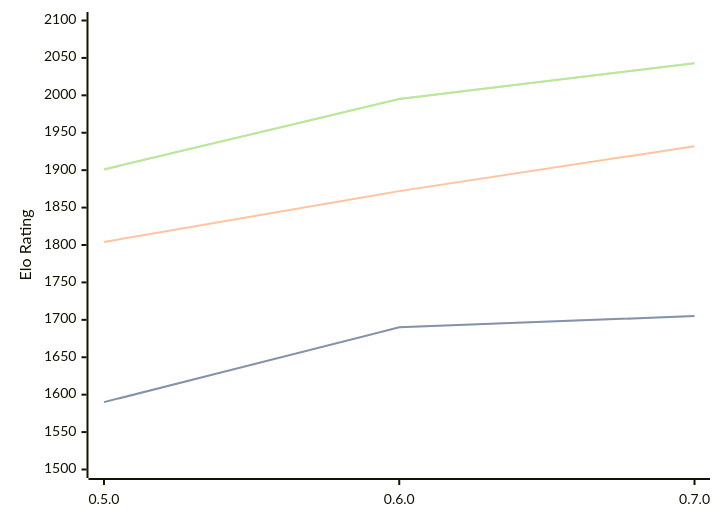
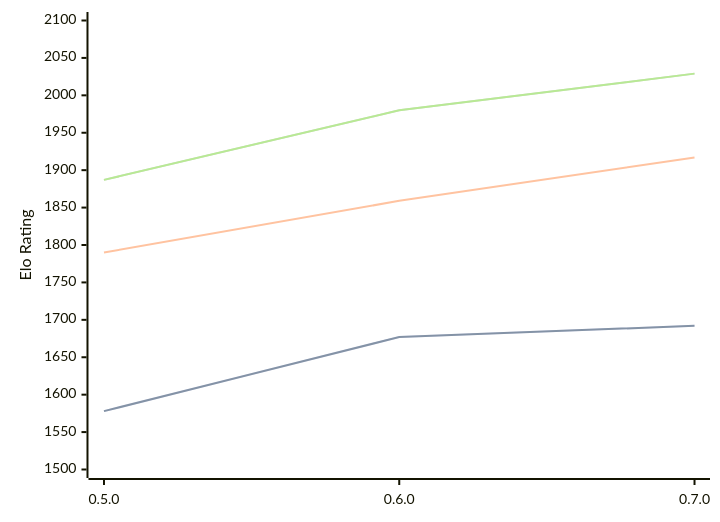
One commit to computer-chess-index/cci changed the diagram in engines/Chess-rs.md. Above: the diagram before and after it, drawn with Mermaid. The commit also changed other lines of this file, not shown here.

Commit message:
Update CCI Ratings (ELO VLTC) - 2026-05-20

````diff
--- a/engines/Chess-rs.md
+++ b/engines/Chess-rs.md
@@ -41,11 +41,11 @@
 ```mermaid
 %%{init: {"theme":"base","themeVariables":{"seriesColors:['#a3a3a3','#222221','#faa371']}}}%%
 xychart-beta
   x-axis ["0.5.0", "0.6.0", "0.7.0"]
   y-axis "Elo Rating" 1500 --> 2100
-  line "STC (8.0+0.08s)" [1590, 1690, 1705]
-  line "STC (8.0+0.08s)" [1590, 1690, 1705]
-  line "LTC (60.0+0.60s)" [1804, 1872, 1932]
-  line "VLTC (2m24s+1.12s)" [1901, 1995, 2043]
-  line "VLTC (2m24s+1.12s)" [1901, 1995, 2043]
+  line "STC (8.0+0.08s)" [1578, 1677, 1692]
+  line "STC (8.0+0.08s)" [1578, 1677, 1692]
+  line "LTC (60.0+0.60s)" [1790, 1859, 1917]
+  line "VLTC (2m24s+1.12s)" [1887, 1980, 2029]
+  line "VLTC (2m24s+1.12s)" [1887, 1980, 2029]
 ```
````
